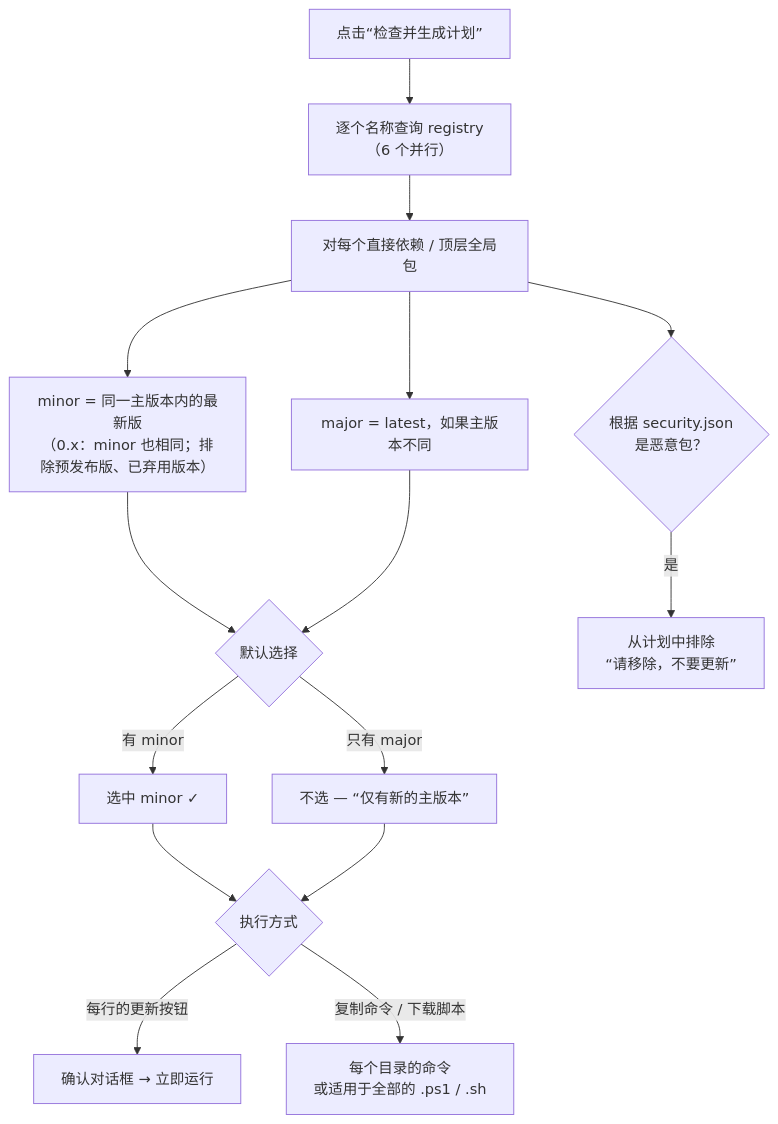
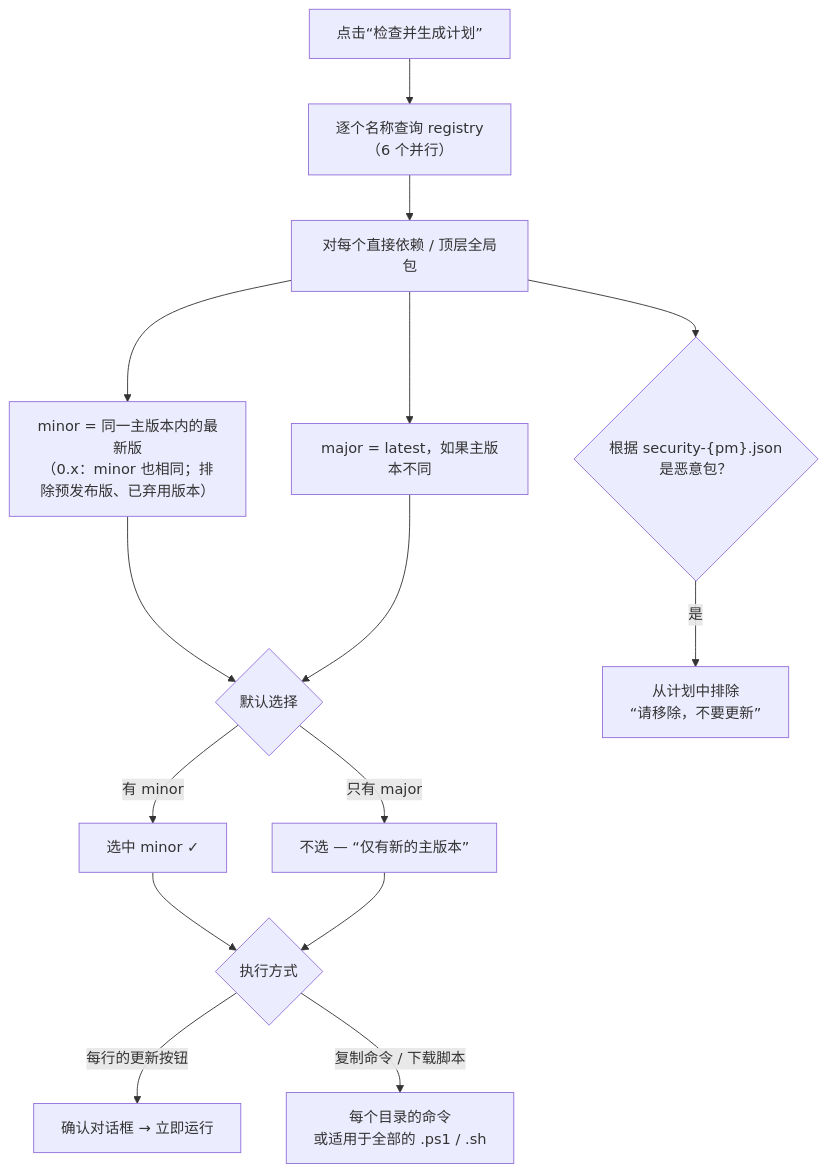
One commit to phanhuyyy/libpack-guard changed the tenth of 12 diagrams in docs/zh-CN/workflows.md. Above: the diagram before and after it, drawn with Mermaid. The commit also changed other lines of this file and 50 other files, not shown here.

````diff
--- a/docs/zh-CN/workflows.md
+++ b/docs/zh-CN/workflows.md
@@ -270,18 +270,18 @@
 ```mermaid
 flowchart TD
     Start["点击“检查并生成计划”"] --> Fetch["逐个名称查询 registry<br/>（6 个并行）"]
     Fetch --> Row["对每个直接依赖 / 顶层全局包"]
     Row --> Minor["minor = 同一主版本内的最新版<br/>（0.x：minor 也相同；排除预发布版、已弃用版本）"]
     Row --> Major["major = latest，如果主版本不同"]
     Minor --> Def{"默认选择"}
     Major --> Def
     Def -- "有 minor" --> SelMinor["选中 minor ✓"]
     Def -- "只有 major" --> SelNone["不选 — “仅有新的主版本”"]
-    Row --> MalChk{"根据 security.json<br/>是恶意包？"}
+    Row --> MalChk{"根据 security-{pm}.json<br/>是恶意包？"}
     MalChk -- 是 --> Block["从计划中排除<br/>“请移除，不要更新”"]
     SelMinor --> Out
     SelNone --> Out
     Out{"执行方式"}
     Out -- "每行的更新按钮" --> One["确认对话框 → 立即运行"]
     Out -- "复制命令 / 下载脚本" --> Script["每个目录的命令<br/>或适用于全部的 .ps1 / .sh"]
 ```
````
